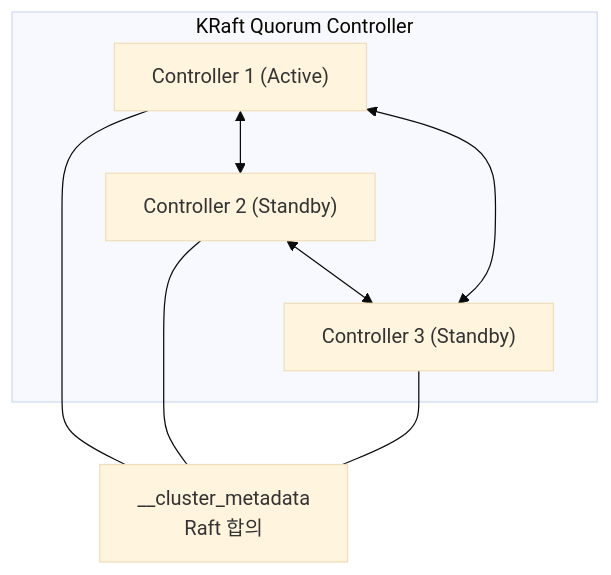
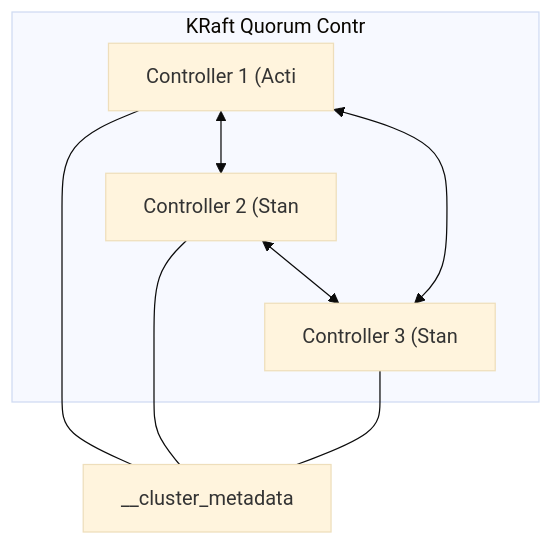
One commit to yjkim2015/yjkim2015.github.io changed the ninth of 17 diagrams in _posts/kafka/2026-05-01-kafka-fundamentals.md. Above: the diagram before and after it, drawn with Mermaid (base theme). The commit also changed other lines of this file and 271 other files, not shown here.

First line of the commit message:
Mermaid 라벨 축소: 긴 노드 텍스트 18자 이하로 트림 + \n 제거

````diff
--- a/_posts/kafka/2026-05-01-kafka-fundamentals.md
+++ b/_posts/kafka/2026-05-01-kafka-fundamentals.md
@@ -321,9 +321,9 @@
 ```mermaid
 graph TD
-    subgraph kraft["KRaft Quorum Controller"]
-        C1["Controller 1 (Active)"] <--> C2["Controller 2 (Standby)"]
-        C2 <--> C3["Controller 3 (Standby)"]
+    subgraph kraft["KRaft Quorum Contr"]
+        C1["Controller 1 (Acti"] <--> C2["Controller 2 (Stan"]
+        C2 <--> C3["Controller 3 (Stan"]
         C1 <--> C3
     end
-    C1 & C2 & C3 --- META["__cluster_metadata\nRaft 합의"]
+    C1 & C2 & C3 --- META["__cluster_metadata"]
 ```
````
